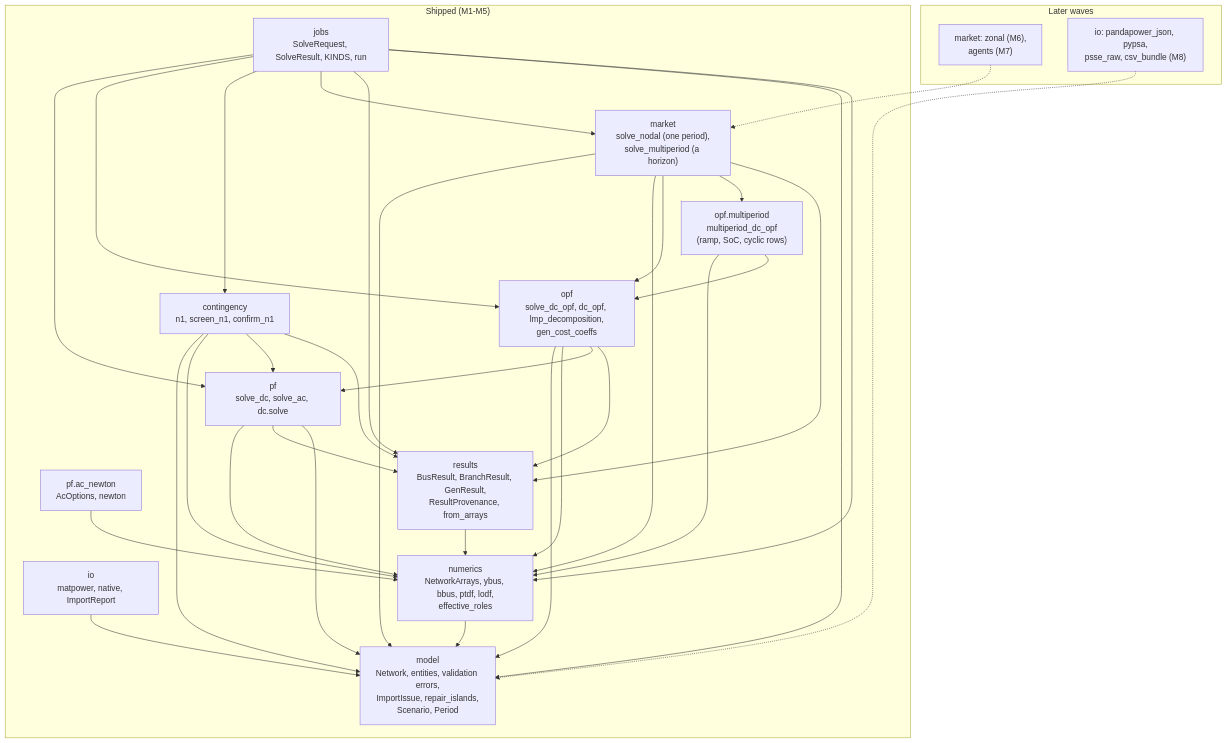
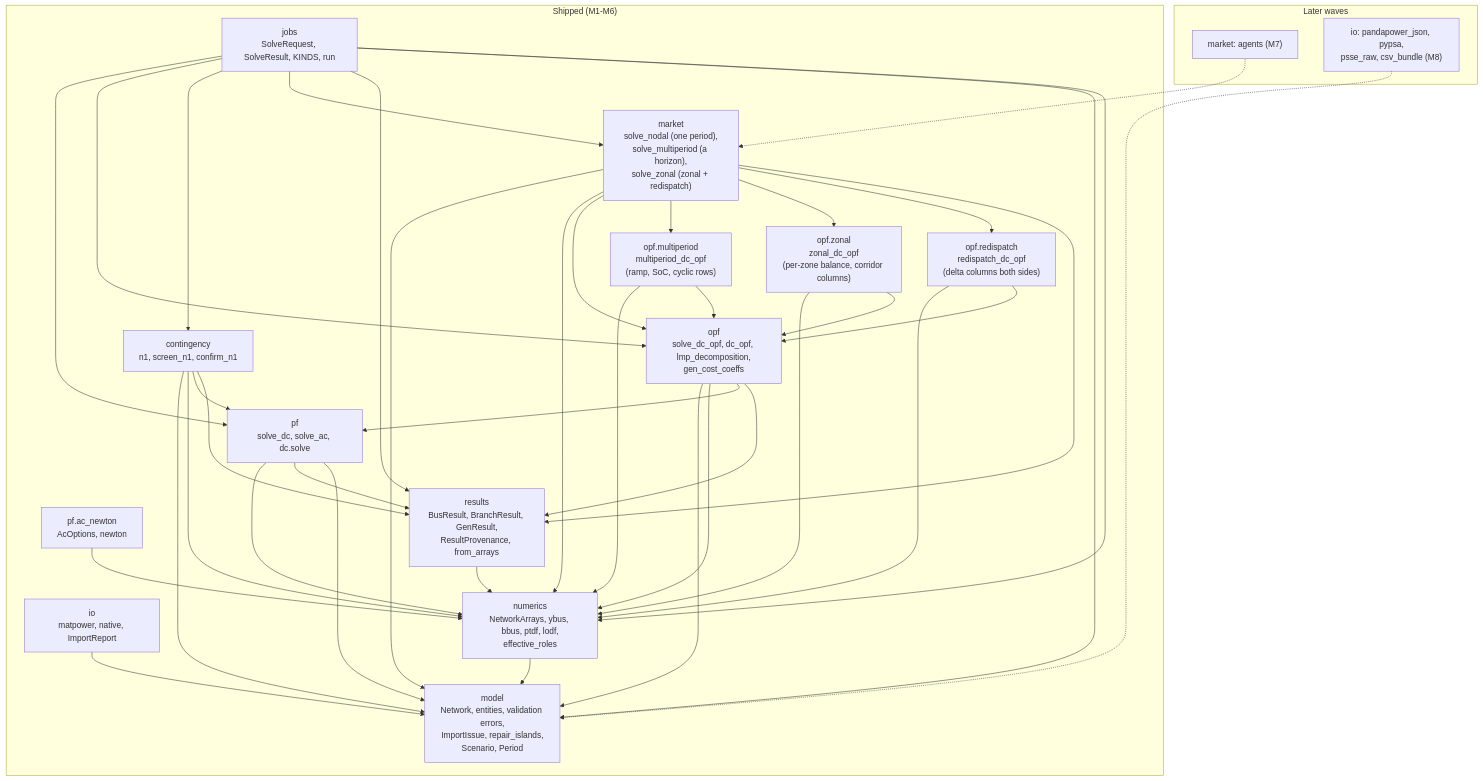
Before and after one commit to mambo10005/mambo-power: the first of 2 diagrams in docs/design/architecture.md, drawn with Mermaid. The commit also changed other lines of this file and 12 other files, not shown here.

````diff
--- a/docs/design/architecture.md
+++ b/docs/design/architecture.md
@@ -13,52 +13,60 @@
 ```mermaid
 flowchart TB
-    subgraph present["Shipped (M1-M5)"]
+    subgraph present["Shipped (M1-M6)"]
         model["model<br/>Network, entities, validation errors,<br/>ImportIssue, repair_islands,<br/>Scenario, Period"]
         io["io<br/>matpower, native, ImportReport"]
         numerics["numerics<br/>NetworkArrays, ybus, bbus, ptdf, lodf,<br/>effective_roles"]
         pf["pf<br/>solve_dc, solve_ac, dc.solve"]
         ac["pf.ac_newton<br/>AcOptions, newton"]
         opf["opf<br/>solve_dc_opf, dc_opf, lmp_decomposition,<br/>gen_cost_coeffs"]
         opfmp["opf.multiperiod<br/>multiperiod_dc_opf<br/>(ramp, SoC, cyclic rows)"]
+        opfz["opf.zonal<br/>zonal_dc_opf<br/>(per-zone balance, corridor columns)"]
+        opfrd["opf.redispatch<br/>redispatch_dc_opf<br/>(delta columns both sides)"]
         contingency["contingency<br/>n1, screen_n1, confirm_n1"]
-        market["market<br/>solve_nodal (one period),<br/>solve_multiperiod (a horizon)"]
+        market["market<br/>solve_nodal (one period),<br/>solve_multiperiod (a horizon),<br/>solve_zonal (zonal + redispatch)"]
         results["results<br/>BusResult, BranchResult, GenResult,<br/>ResultProvenance, from_arrays"]
         jobs["jobs<br/>SolveRequest, SolveResult, KINDS, run"]
     end
     subgraph later["Later waves"]
-        marketlater["market: zonal (M6),<br/>agents (M7)"]
+        marketlater["market: agents (M7)"]
         formats["io: pandapower_json, pypsa,<br/>psse_raw, csv_bundle (M8)"]
     end
 
     io --> model
     numerics --> model
     pf --> numerics
     pf --> results
     pf --> model
     results --> numerics
     ac --> numerics
     opf --> model
     opf --> numerics
     opf --> pf
     opf --> results
     contingency --> model
     contingency --> numerics
     contingency --> pf
     contingency --> results
     market --> model
     market --> numerics
     market --> opf
     market --> opfmp
+    market --> opfz
+    market --> opfrd
     market --> results
     opfmp --> numerics
     opfmp --> opf
+    opfz --> numerics
+    opfz --> opf
+    opfrd --> numerics
+    opfrd --> opf
     jobs --> pf
     jobs --> opf
     jobs --> contingency
     jobs --> market
     jobs --> results
     jobs --> model
     jobs --> numerics
     marketlater -.-> market
     formats -.-> model
 ```
````
